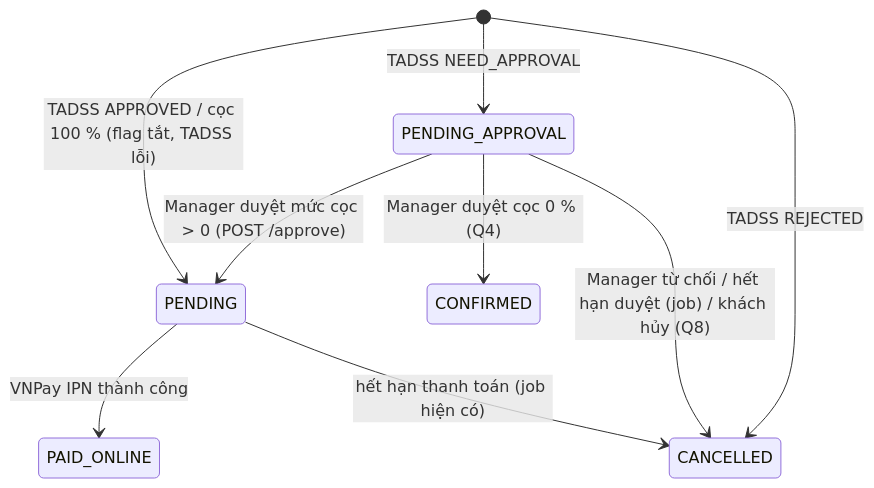
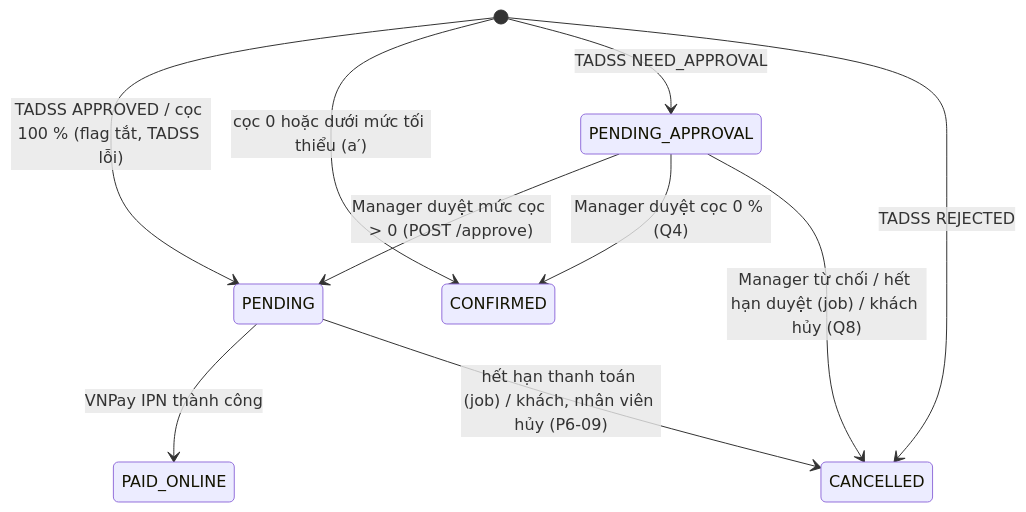
The diagram in docs/api/DEPOSIT_APPROVAL_API.md (NguyenThanhTrung-N2T/SmashCourt-BE), drawn with Mermaid before and after one commit. The commit also changed other lines of this file and 5 other files, not shown here.

````diff
--- a/docs/api/DEPOSIT_APPROVAL_API.md
+++ b/docs/api/DEPOSIT_APPROVAL_API.md
@@ -83,11 +84,12 @@
 ```mermaid
 stateDiagram-v2
     [*] --> PENDING: TADSS APPROVED / cọc 100 % (flag tắt, TADSS lỗi)
+    [*] --> CONFIRMED: cọc 0 hoặc dưới mức tối thiểu (a′)
     [*] --> PENDING_APPROVAL: TADSS NEED_APPROVAL
     [*] --> CANCELLED: TADSS REJECTED
     PENDING_APPROVAL --> PENDING: Manager duyệt mức cọc > 0 (POST /approve)
     PENDING_APPROVAL --> CONFIRMED: Manager duyệt cọc 0 % (Q4)
     PENDING_APPROVAL --> CANCELLED: Manager từ chối / hết hạn duyệt (job) / khách hủy (Q8)
     PENDING --> PAID_ONLINE: VNPay IPN thành công
-    PENDING --> CANCELLED: hết hạn thanh toán (job hiện có)
+    PENDING --> CANCELLED: hết hạn thanh toán (job) / khách, nhân viên hủy (P6-09)
 ```
````
